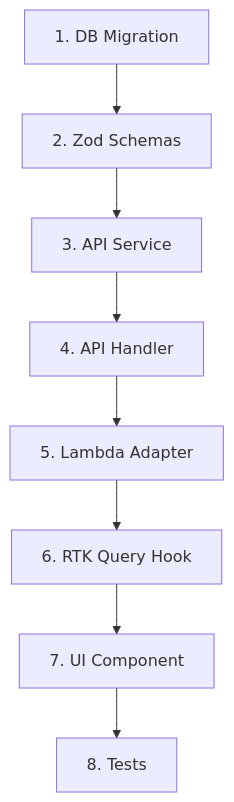
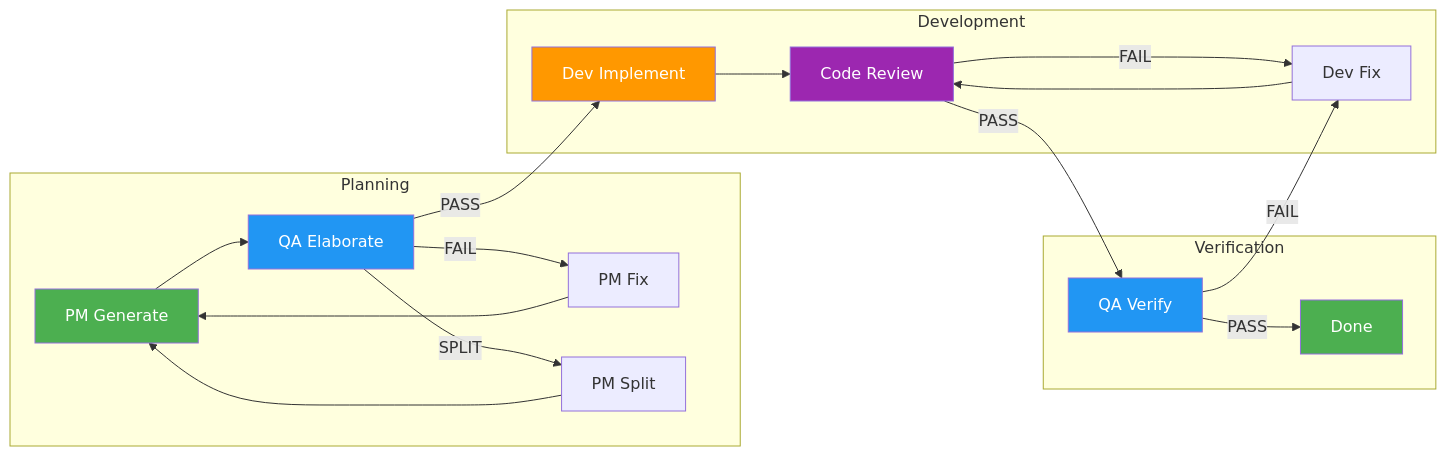
One commit to michael-menard/monorepo changed the first of 10 diagrams in docs/FEATURE-DEVELOPMENT-WORKFLOW.md. Above: the diagram before and after it, drawn with Mermaid. The commit also changed other lines of this file and 251 other files, not shown here.

````diff
--- a/docs/FEATURE-DEVELOPMENT-WORKFLOW.md
+++ b/docs/FEATURE-DEVELOPMENT-WORKFLOW.md
@@ -1089,10 +27,30 @@
 ```mermaid
-graph TB
-    A[1. DB Migration] --> B[2. Zod Schemas]
-    B --> C[3. API Service]
-    C --> D[4. API Handler]
-    D --> E[5. Lambda Adapter]
-    E --> F[6. RTK Query Hook]
-    F --> G[7. UI Component]
-    G --> H[8. Tests]
+flowchart LR
+    subgraph Planning
+        A[PM Generate] --> B[QA Elaborate]
+        B -->|FAIL| C[PM Fix]
+        C --> A
+        B -->|SPLIT| D[PM Split]
+        D --> A
+    end
+
+    subgraph Development
+        B -->|PASS| E[Dev Implement]
+        E --> F[Code Review]
+        F -->|FAIL| G[Dev Fix]
+        G --> F
+    end
+
+    subgraph Verification
+        F -->|PASS| H[QA Verify]
+        H -->|FAIL| G
+        H -->|PASS| I[Done]
+    end
+
+    style A fill:#4CAF50,color:#fff
+    style B fill:#2196F3,color:#fff
+    style E fill:#FF9800,color:#fff
+    style F fill:#9C27B0,color:#fff
+    style H fill:#2196F3,color:#fff
+    style I fill:#4CAF50,color:#fff
 ```
````
